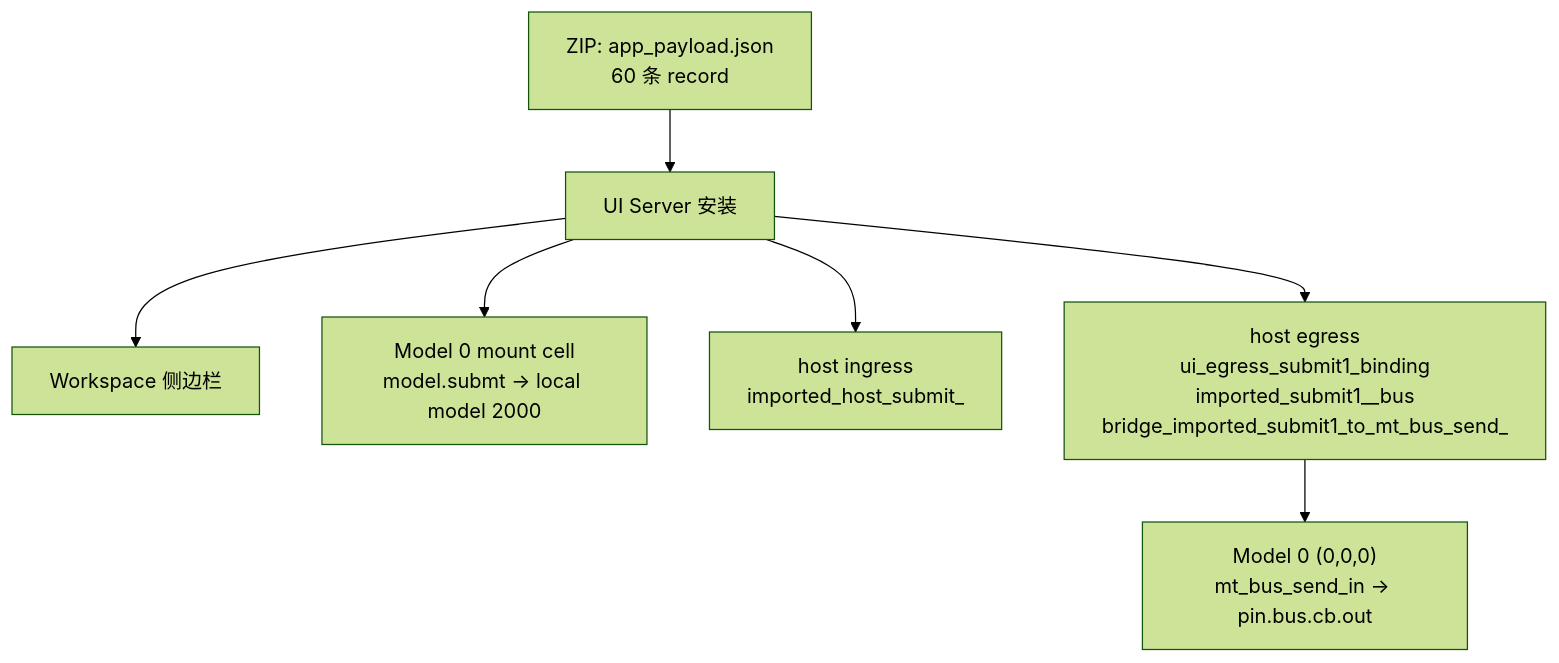
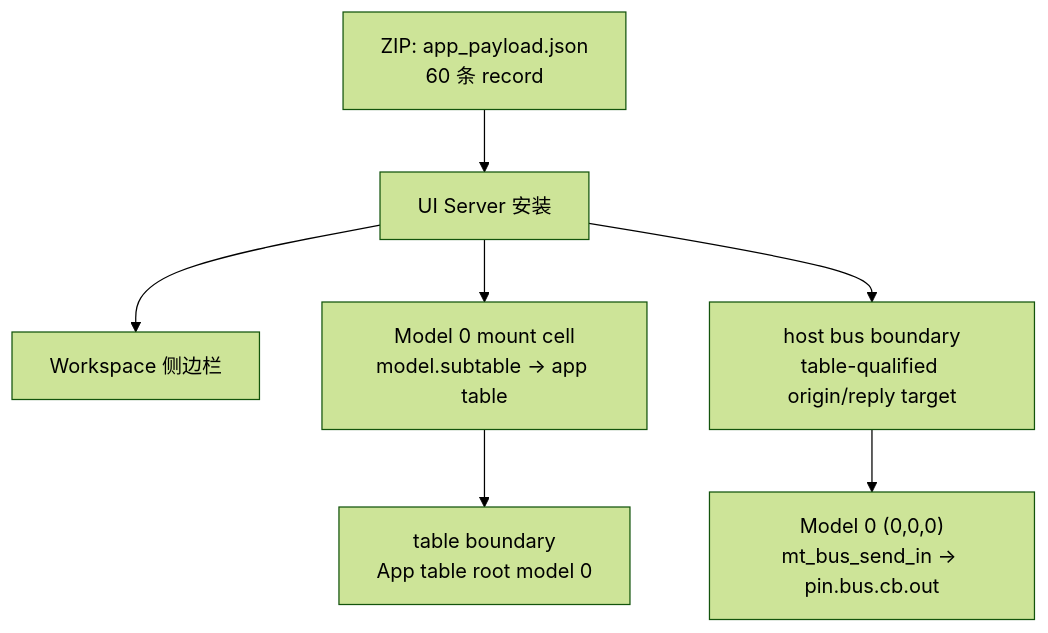
Before and after one commit to drooop/dongyu_js_core: the third of 3 diagrams in docs/user-guide/slide-app-runtime/minimal_submit_app_provider_visualized.md, drawn with Mermaid (forest theme). The commit also changed other lines of this file and 64 other files, not shown here.

````diff
--- a/docs/user-guide/slide-app-runtime/minimal_submit_app_provider_visualized.md
+++ b/docs/user-guide/slide-app-runtime/minimal_submit_app_provider_visualized.md
@@ -69,16 +69,16 @@
 ```mermaid
 flowchart TB
   Zip["ZIP: app_payload.json<br/>60 条 record"]
   Install["UI Server 安装"]
   Side["Workspace 侧边栏"]
-  Submt["Model 0 mount cell<br/>model.submt -> local model 2000"]
-  Ingress["host ingress<br/>imported_host_submit_<id>"]
-  Egress["host egress<br/>ui_egress_submit1_binding<br/>imported_submit1_<id>_bus<br/>bridge_imported_submit1_to_mt_bus_send_<id>"]
+  Subtable["Model 0 mount cell<br/>model.subtable -> app table"]
+  Boundary["table boundary<br/>App table root model 0"]
+  Egress["host bus boundary<br/>table-qualified origin/reply target"]
   Bus["Model 0 (0,0,0)<br/>mt_bus_send_in -> pin.bus.cb.out"]
   Zip --> Install
   Install --> Side
-  Install --> Submt
-  Install --> Ingress
+  Install --> Subtable
+  Subtable --> Boundary
   Install --> Egress
   Egress --> Bus
 ```
````
